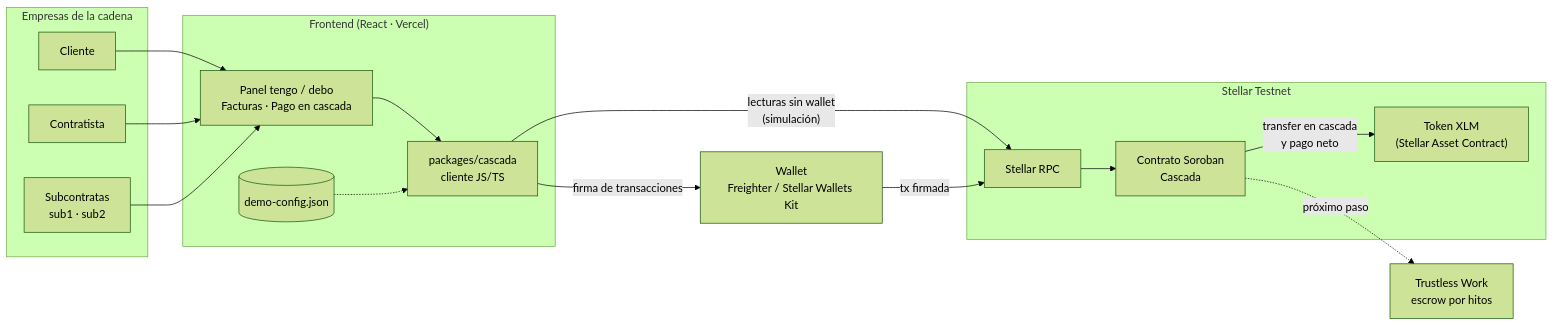
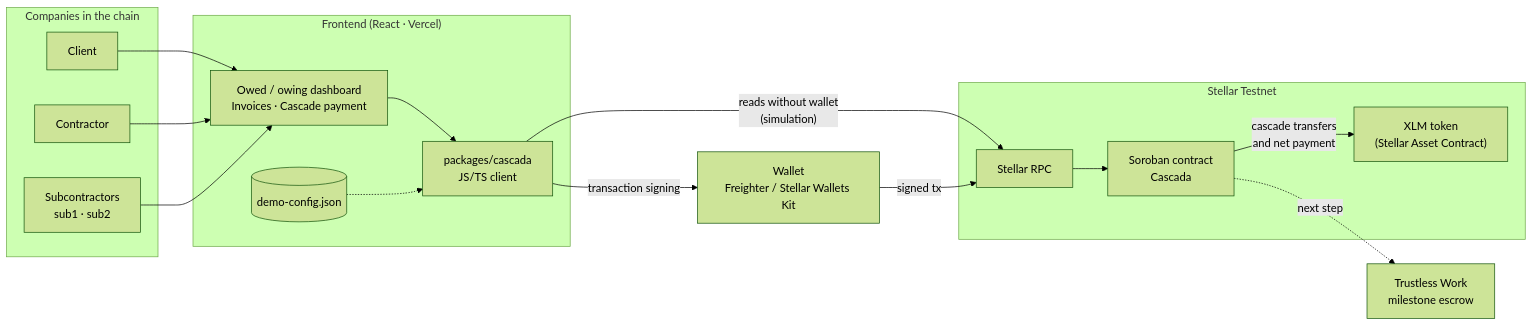
The first of 2 diagrams in docs/ARQUITECTURA.md (beaguzman/pelamandarinas_project), drawn with Mermaid (forest theme) before and after one commit. The commit also changed other lines of this file, not shown here.

Commit message:
Docs: architecture in English

````diff
--- a/docs/ARQUITECTURA.md
+++ b/docs/ARQUITECTURA.md
@@ -7,34 +7,34 @@
 ```mermaid
 flowchart LR
-    subgraph Usuarios["Empresas de la cadena"]
-        CL["Cliente"]
-        CO["Contratista"]
-        SU["Subcontratas<br/>sub1 · sub2"]
+    subgraph Users["Companies in the chain"]
+        CL["Client"]
+        CO["Contractor"]
+        SU["Subcontractors<br/>sub1 · sub2"]
     end
 
     subgraph Front["Frontend (React · Vercel)"]
-        UI["Panel tengo / debo<br/>Facturas · Pago en cascada"]
-        PKG["packages/cascada<br/>cliente JS/TS"]
+        UI["Owed / owing dashboard<br/>Invoices · Cascade payment"]
+        PKG["packages/cascada<br/>JS/TS client"]
         CFG[("demo-config.json")]
     end
 
     W["Wallet<br/>Freighter / Stellar Wallets Kit"]
 
     subgraph Stellar["Stellar Testnet"]
         RPC["Stellar RPC"]
-        SC["Contrato Soroban<br/>Cascada"]
-        SAC["Token XLM<br/>(Stellar Asset Contract)"]
+        SC["Soroban contract<br/>Cascada"]
+        SAC["XLM token<br/>(Stellar Asset Contract)"]
     end
 
-    TW["Trustless Work<br/>escrow por hitos"]
+    TW["Trustless Work<br/>milestone escrow"]
 
     CL & CO & SU --> UI
     UI --> PKG
     CFG -.-> PKG
-    PKG -- "lecturas sin wallet<br/>(simulación)" --> RPC
-    PKG -- "firma de transacciones" --> W
-    W -- "tx firmada" --> RPC
+    PKG -- "reads without wallet<br/>(simulation)" --> RPC
+    PKG -- "transaction signing" --> W
+    W -- "signed tx" --> RPC
     RPC --> SC
-    SC -- "transfer en cascada<br/>y pago neto" --> SAC
-    SC -. "próximo paso" .-> TW
+    SC -- "cascade transfers<br/>and net payment" --> SAC
+    SC -. "next step" .-> TW
 ```
````
